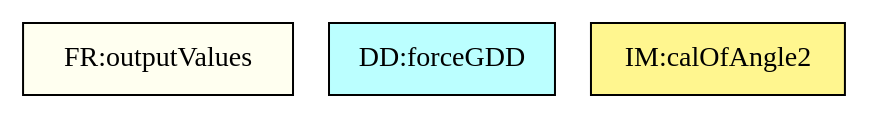
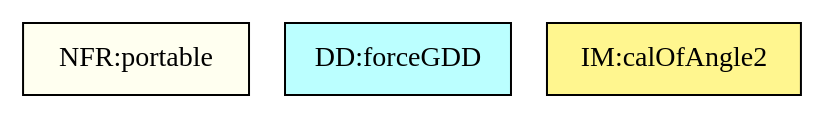
One commit to JacquesCarette/Drasil changed the diagram in code/stable/dblpend/TraceyGraph/avsall.dot. Above: the diagram before and after it, drawn with Graphviz. The commit also changed 48 other files, not shown here.

Commit message:
stabilized outputs (trace table reordering due to updated chunk insertion sequence)

```diff
--- a/code/stable/dblpend/TraceyGraph/avsall.dot
+++ b/code/stable/dblpend/TraceyGraph/avsall.dot
@@ -1,74 +1,74 @@
 digraph avsall {
 
 
 	instance:twoDMotion	[shape=box, color=black, style=filled, fillcolor=mistyrose, label="A:twoDMotion"];
 	instance:cartSys	[shape=box, color=black, style=filled, fillcolor=mistyrose, label="A:cartSys"];
 	instance:cartSysR	[shape=box, color=black, style=filled, fillcolor=mistyrose, label="A:cartSysR"];
 	instance:yAxisDir	[shape=box, color=black, style=filled, fillcolor=mistyrose, label="A:yAxisDir"];
 
 	subgraph A {
 	rank="same"
 	{instance:twoDMotion, instance:cartSys, instance:cartSysR, instance:yAxisDir}
 	}
 
 	dataDefn:velocity	[shape=box, color=black, style=filled, fillcolor=paleturquoise1, label="DD:positionGDD"];
 	dataDefn:p_x1	[shape=box, color=black, style=filled, fillcolor=paleturquoise1, label="DD:positionXDD1"];
 	dataDefn:p_y1	[shape=box, color=black, style=filled, fillcolor=paleturquoise1, label="DD:positionYDD1"];
 	dataDefn:p_x2	[shape=box, color=black, style=filled, fillcolor=paleturquoise1, label="DD:positionXDD2"];
 	dataDefn:p_y2	[shape=box, color=black, style=filled, fillcolor=paleturquoise1, label="DD:positionYDD2"];
 	dataDefn:acceleration	[shape=box, color=black, style=filled, fillcolor=paleturquoise1, label="DD:accelerationGDD"];
 	dataDefn:forceVec	[shape=box, color=black, style=filled, fillcolor=paleturquoise1, label="DD:forceGDD"];
 
 	subgraph DD {
 	rank="same"
 	{dataDefn:velocity, dataDefn:p_x1, dataDefn:p_y1, dataDefn:p_x2, dataDefn:p_y2, dataDefn:acceleration, dataDefn:forceVec}
 	}
 
 	theory:accelerationTM	[shape=box, color=black, style=filled, fillcolor=pink, label="TM:acceleration"];
 	theory:velocityTM	[shape=box, color=black, style=filled, fillcolor=pink, label="TM:velocity"];
 	theory:newtonSL	[shape=box, color=black, style=filled, fillcolor=pink, label="TM:NewtonSecLawMot"];
 
 	subgraph TM {
 	rank="same"
 	{theory:accelerationTM, theory:velocityTM, theory:newtonSL}
 	}
 
 	theory:v_x1	[shape=box, color=black, style=filled, fillcolor=palegreen, label="GD:velocityX1"];
 	theory:v_y1	[shape=box, color=black, style=filled, fillcolor=palegreen, label="GD:velocityY1"];
 	theory:v_x2	[shape=box, color=black, style=filled, fillcolor=palegreen, label="GD:velocityX2"];
 	theory:v_y2	[shape=box, color=black, style=filled, fillcolor=palegreen, label="GD:velocityY2"];
 	theory:a_x1	[shape=box, color=black, style=filled, fillcolor=palegreen, label="GD:accelerationX1"];
 	theory:a_y1	[shape=box, color=black, style=filled, fillcolor=palegreen, label="GD:accelerationY1"];
 	theory:a_x2	[shape=box, color=black, style=filled, fillcolor=palegreen, label="GD:accelerationX2"];
 	theory:a_y2	[shape=box, color=black, style=filled, fillcolor=palegreen, label="GD:accelerationY2"];
 	theory:xForce1	[shape=box, color=black, style=filled, fillcolor=palegreen, label="GD:xForce1"];
 	theory:yForce1	[shape=box, color=black, style=filled, fillcolor=palegreen, label="GD:yForce1"];
 	theory:xForce2	[shape=box, color=black, style=filled, fillcolor=palegreen, label="GD:xForce2"];
 	theory:yForce2	[shape=box, color=black, style=filled, fillcolor=palegreen, label="GD:yForce2"];
 
 	subgraph GD {
 	rank="same"
 	{theory:v_x1, theory:v_y1, theory:v_x2, theory:v_y2, theory:a_x1, theory:a_y1, theory:a_x2, theory:a_y2, theory:xForce1, theory:yForce1, theory:xForce2, theory:yForce2}
 	}
 
 	theory:angleIM1	[shape=box, color=black, style=filled, fillcolor=khaki1, label="IM:calOfAngle1"];
 	theory:angleIM2	[shape=box, color=black, style=filled, fillcolor=khaki1, label="IM:calOfAngle2"];
 
 	subgraph IM {
 	rank="same"
 	{theory:angleIM1, theory:angleIM2}
 	}
 
-	instance:correct	[shape=box, color=black, style=filled, fillcolor=ivory, label="NFR:correct"];
-	instance:portable	[shape=box, color=black, style=filled, fillcolor=ivory, label="NFR:portable"];
 	instance:inputValues	[shape=box, color=black, style=filled, fillcolor=ivory, label="FR:inputValues"];
 	instance:verifyInptVals	[shape=box, color=black, style=filled, fillcolor=ivory, label="FR:verifyInptVals"];
 	instance:calcAng	[shape=box, color=black, style=filled, fillcolor=ivory, label="FR:calcAng"];
 	instance:outputValues	[shape=box, color=black, style=filled, fillcolor=ivory, label="FR:outputValues"];
+	instance:correct	[shape=box, color=black, style=filled, fillcolor=ivory, label="NFR:correct"];
+	instance:portable	[shape=box, color=black, style=filled, fillcolor=ivory, label="NFR:portable"];
 
-	subgraph NFR {
+	subgraph FR {
 	rank="same"
-	{instance:correct, instance:portable, instance:inputValues, instance:verifyInptVals, instance:calcAng, instance:outputValues}
+	{instance:inputValues, instance:verifyInptVals, instance:calcAng, instance:outputValues, instance:correct, instance:portable}
 	}
 
 }
```
